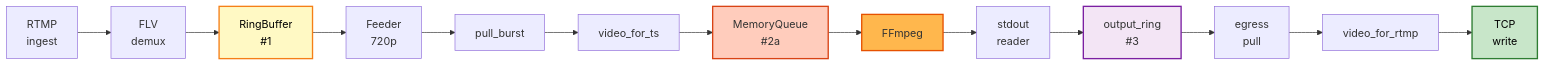
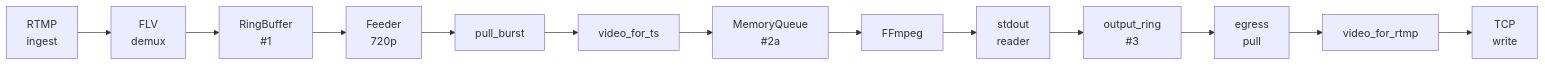
Before and after one commit to krsna1729/restream: the ninth of 24 diagrams in docs/run-to-completion-analysis.md, drawn with Mermaid. The commit also changed other lines of this file and 6 other files, not shown here.

First line of the commit message:
docs: retire duplicate SVG and styled diagram variants

````diff
--- a/docs/run-to-completion-analysis.md
+++ b/docs/run-to-completion-analysis.md
@@ -357,13 +291,7 @@
 ```mermaid
-graph LR
+flowchart LR
     A["RTMP<br/>ingest"] --> B["FLV<br/>demux"] --> C["RingBuffer<br/>#1"] --> D["Feeder<br/>720p"]
     D --> E["pull_burst"] --> F["video_for_ts"] --> G["MemoryQueue<br/>#2a"] --> H["FFmpeg"]
     H --> I["stdout<br/>reader"] --> J["output_ring<br/>#3"] --> K["egress<br/>pull"] --> L["video_for_rtmp"]
     L --> M["TCP<br/>write"]
-    
-    style C fill:#fff9c4,stroke:#f57f17,stroke-width:2px,color:#000
-    style G fill:#ffccbc,stroke:#d84315,stroke-width:2px,color:#333
-    style H fill:#ffb74d,stroke:#e65100,stroke-width:2px,color:#333
-    style J fill:#f3e5f5,stroke:#7b1fa2,stroke-width:2px,color:#333
-    style M fill:#c8e6c9,stroke:#2e7d32,stroke-width:2px,color:#000
 ```
````
